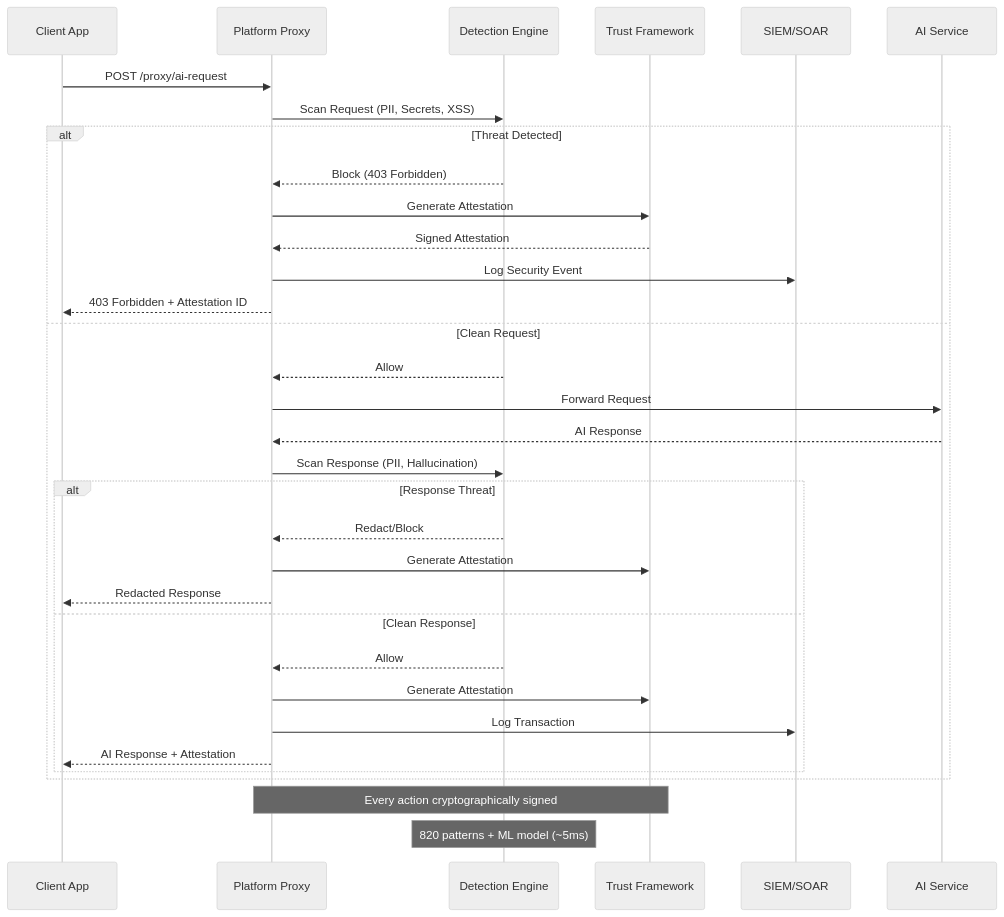
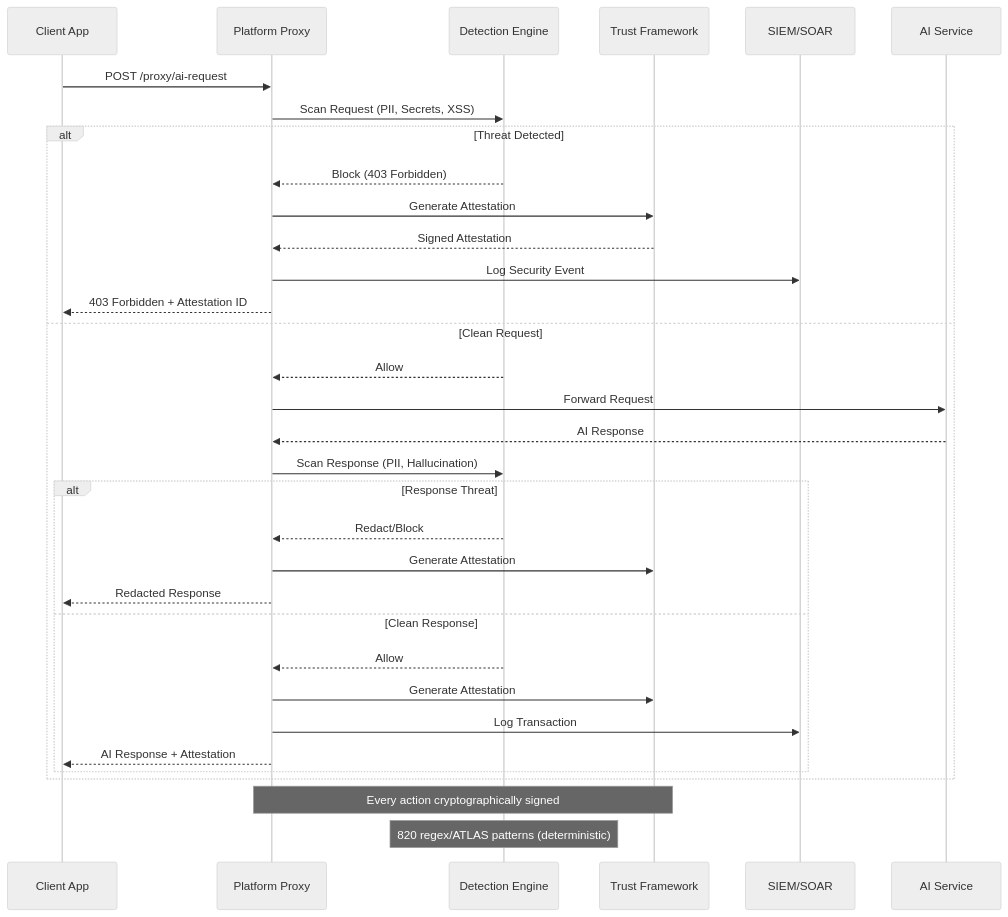
One commit to aegisgatesecurity/aegisgate-site changed the second of 2 diagrams in content/platform/_index.md. Above: the diagram before and after it, drawn with Mermaid (neutral theme). The commit also changed other lines of this file and 42 other files, not shown here.

```diff
--- a/content/platform/_index.md
+++ b/content/platform/_index.md
@@ -183,39 +183,39 @@
 {{< mermaid >}}
 sequenceDiagram
     participant Client as Client App
     participant Proxy as Platform Proxy
     participant Scanner as Detection Engine
     participant Trust as Trust Framework
     participant SIEM as SIEM/SOAR
     participant AI as AI Service
 
     Client->>Proxy: POST /proxy/ai-request
     Proxy->>Scanner: Scan Request (PII, Secrets, XSS)
     
     alt Threat Detected
         Scanner-->>Proxy: Block (403 Forbidden)
         Proxy->>Trust: Generate Attestation
         Trust-->>Proxy: Signed Attestation
         Proxy->>SIEM: Log Security Event
         Proxy-->>Client: 403 Forbidden + Attestation ID
     else Clean Request
         Scanner-->>Proxy: Allow
         Proxy->>AI: Forward Request
         AI-->>Proxy: AI Response
         Proxy->>Scanner: Scan Response (PII, Hallucination)
         
         alt Response Threat
             Scanner-->>Proxy: Redact/Block
             Proxy->>Trust: Generate Attestation
             Proxy-->>Client: Redacted Response
         else Clean Response
             Scanner-->>Proxy: Allow
             Proxy->>Trust: Generate Attestation
             Proxy->>SIEM: Log Transaction
             Proxy-->>Client: AI Response + Attestation
         end
     end
 
     Note over Proxy,Trust: Every action cryptographically signed
-    Note over Scanner: 820 patterns + ML model (~5ms)
+    Note over Scanner: 820 regex/ATLAS patterns (deterministic)
 {{< /mermaid >}}
```
